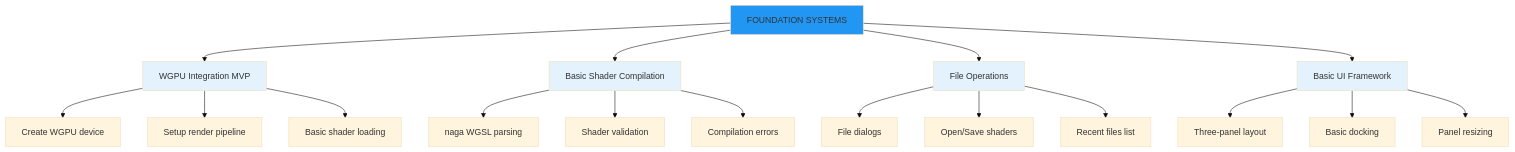
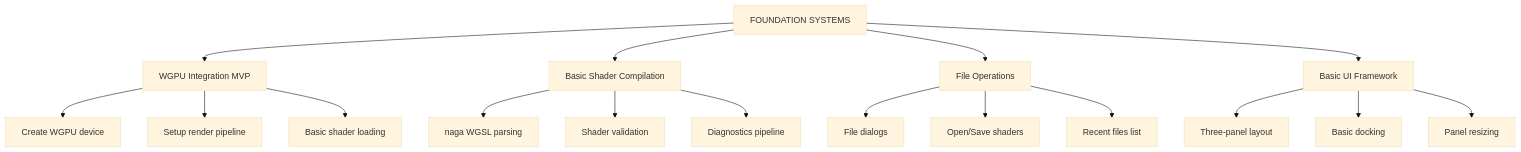
Before and after one commit to compiling-org/WGSL-Shader-Studio: the third of 5 diagrams in docs/DEVELOPMENT_ROADMAP.md, drawn with Mermaid (base theme). The commit also changed other lines of this file and 37 other files, not shown here.

Commit message:
docs: reality-aligned content updates; diagrams unchanged; roadmap fix; systems reference wiring; PRD narrative adjusted; tech-arch reference note

````diff
--- a/docs/DEVELOPMENT_ROADMAP.md
+++ b/docs/DEVELOPMENT_ROADMAP.md
@@ -109,29 +64,24 @@
 ```mermaid
 graph TD
     A[FOUNDATION SYSTEMS] --> B[WGPU Integration MVP]
     A --> C[Basic Shader Compilation]
     A --> D[File Operations]
     A --> E[Basic UI Framework]
     
     B --> B1[Create WGPU device]
     B --> B2[Setup render pipeline]
     B --> B3[Basic shader loading]
     
     C --> C1[naga WGSL parsing]
     C --> C2[Shader validation]
-    C --> C3[Compilation errors]
+    C --> C3[Diagnostics pipeline]
     
     D --> D1[File dialogs]
     D --> D2[Open/Save shaders]
     D --> D3[Recent files list]
     
     E --> E1[Three-panel layout]
     E --> E2[Basic docking]
     E --> E3[Panel resizing]
     
-    style A fill:#2196f3
-    style B fill:#e3f2fd
-    style C fill:#e3f2fd
-    style D fill:#e3f2fd
-    style E fill:#e3f2fd
 ```
````
